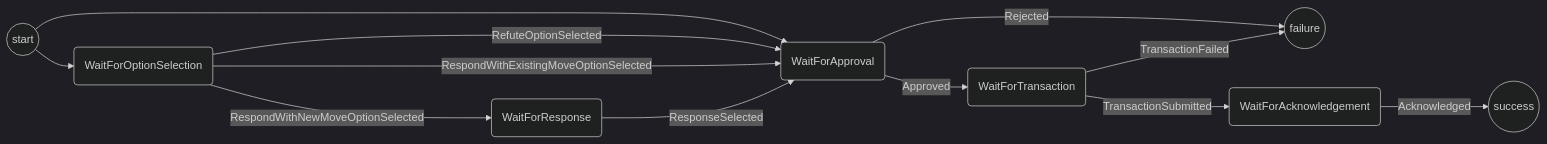
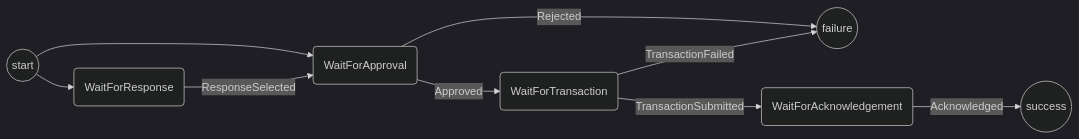
The diagram in packages/wallet/src/redux/protocols/responding/readme.md (magmo/apps), drawn with Mermaid (dark theme) before and after one commit. The commit also changed other lines of this file, not shown here.

````diff
--- a/packages/wallet/src/redux/protocols/responding/readme.md
+++ b/packages/wallet/src/redux/protocols/responding/readme.md
@@ -47,14 +19,11 @@
 ```mermaid
 graph LR
-  St((start)) --> WFO(WaitForOptionSelection)
+  St((start)) --> WFR(WaitForResponse)
   St((start)) --> WFAp(WaitForApproval)
-  WFO --> |RefuteOptionSelected|WFAp(WaitForApproval)
-  WFO --> |RespondWithNewMoveOptionSelected|WFR(WaitForResponse)
-  WFO --> |RespondWithExistingMoveOptionSelected|WFAp(WaitForApproval)
   WFR -->|ResponseSelected| WFAp(WaitForApproval)
   WFAp-->|Rejected|F((failure))
   WFAp --> |Approved|WFT(WaitForTransaction)
   WFT --> |TransactionSubmitted| WFAc(WaitForAcknowledgement)
   WFAc-->|Acknowledged|S((success))
   WFT --> |TransactionFailed| F((failure))
 ```
````
